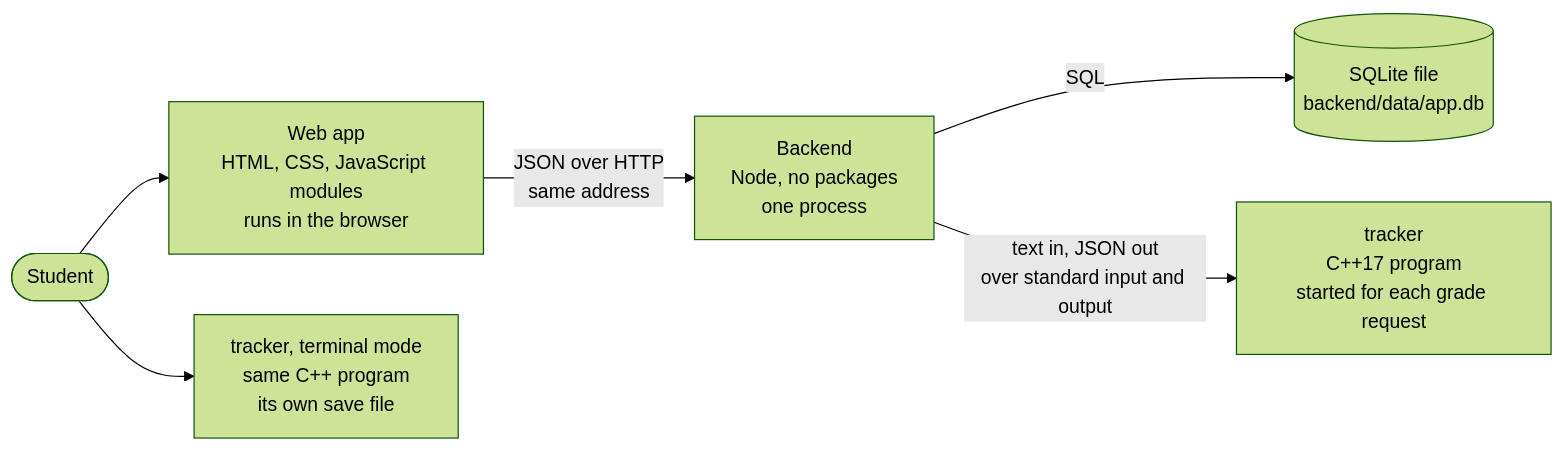
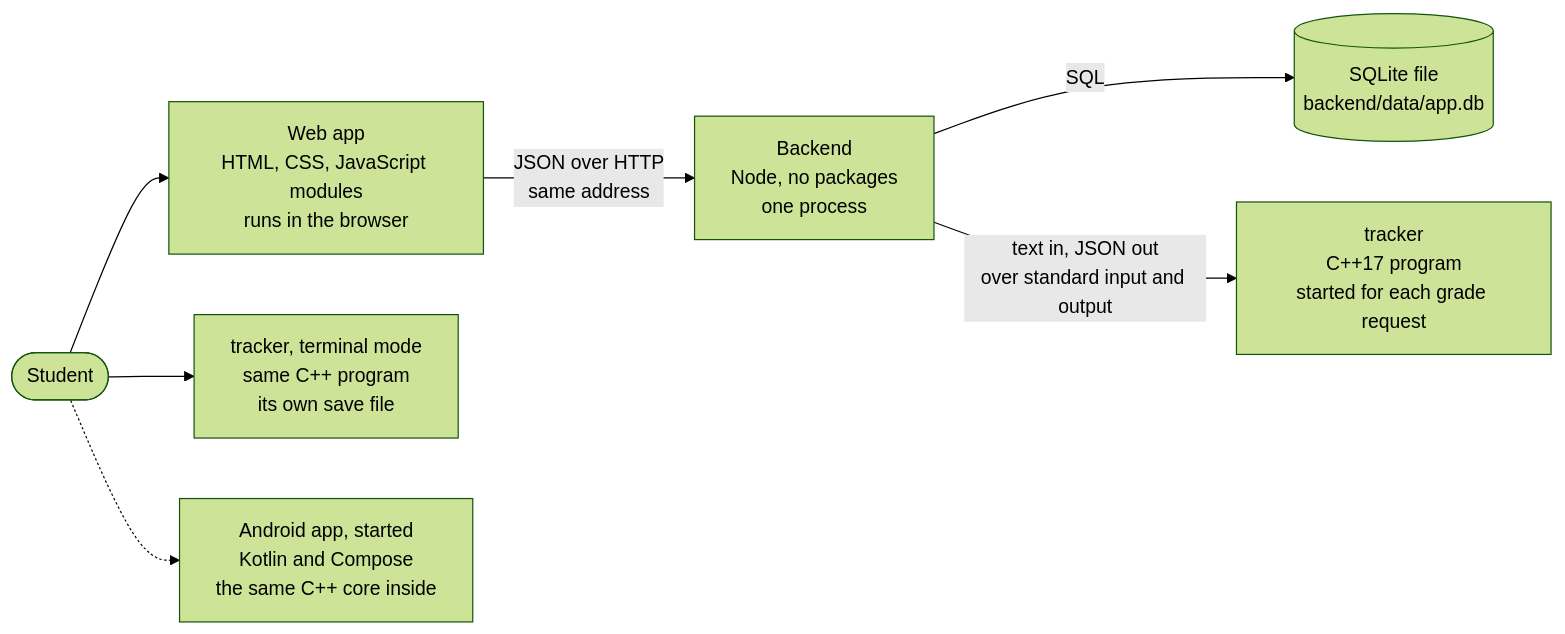
One commit to sih2006/Everything-A-Monash-Malaysia-Student-Would-Need changed the second of 6 diagrams in docs/02-design/trd.md. Above: the diagram before and after it, drawn with Mermaid (forest theme). The commit also changed other lines of this file and 30 other files, not shown here.

````diff
--- a/docs/02-design/trd.md
+++ b/docs/02-design/trd.md
@@ -26,14 +26,17 @@
 ```mermaid
 flowchart LR
+  student([Student])
   browser[Web app<br/>HTML, CSS, JavaScript modules<br/>runs in the browser]
   server[Backend<br/>Node, no packages<br/>one process]
   engine[tracker<br/>C++17 program<br/>started for each grade request]
   db[(SQLite file<br/>backend/data/app.db)]
   cli[tracker, terminal mode<br/>same C++ program<br/>its own save file]
+  android[Android app, started<br/>Kotlin and Compose<br/>the same C++ core inside]
 
+  student --> browser
+  student --> cli
+  student -.-> android
   browser -->|JSON over HTTP<br/>same address| server
   server -->|SQL| db
   server -->|text in, JSON out<br/>over standard input and output| engine
-  student([Student]) --> browser
-  student --> cli
 ```
````
